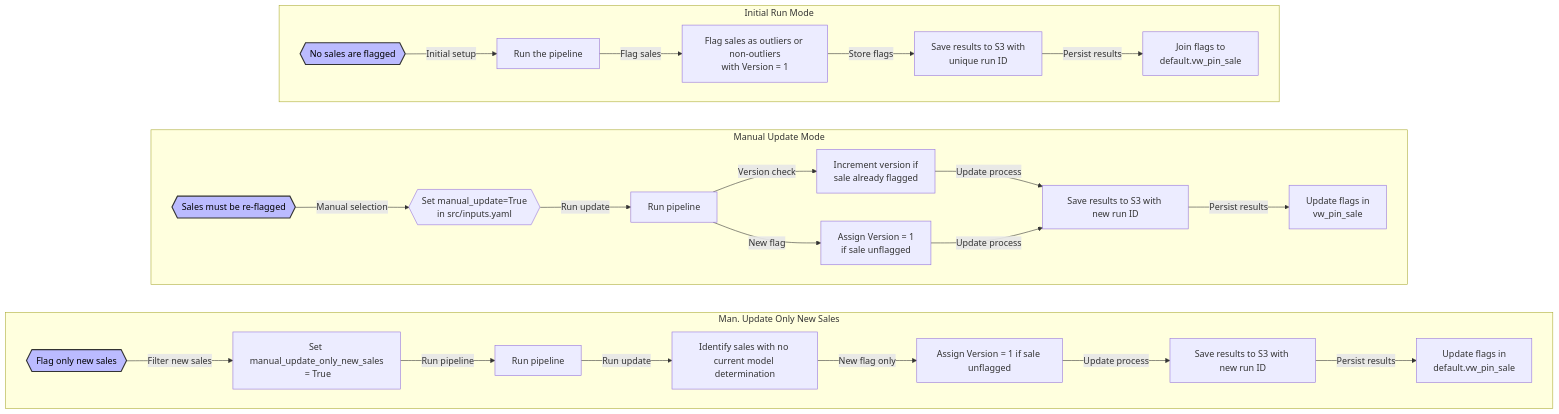
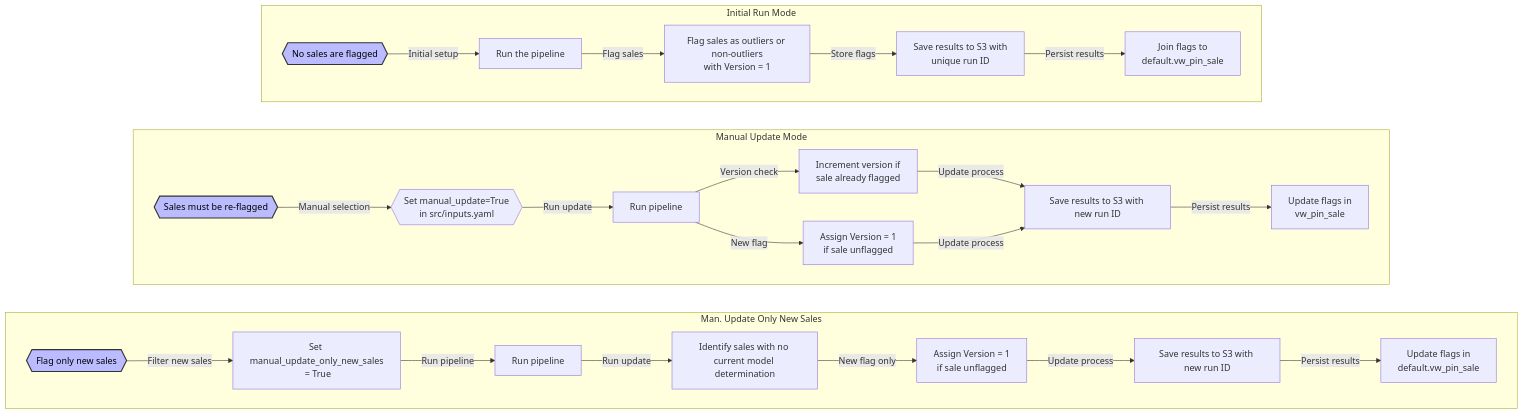
The first of 2 diagrams in README.md (ccao-data/model-sales-val), drawn with Mermaid before and after one commit.

Commit message:
Fix truncation in mermaid diagram

````diff
--- a/README.md
+++ b/README.md
@@ -94,61 +94,61 @@
 ```mermaid
 graph TB
     subgraph initial["Initial Run Mode"]
         direction LR
         A1{{"No sales are flagged"}}
         B1[Run the pipeline]
         C1[Flag sales as outliers or non-outliers<br>with Version = 1]
         D1[Save results to S3 with <br>unique run ID]
         E1[Join flags to<br>default.vw_pin_sale]
 
         A1 -->|Initial setup| B1
         B1 -->|Flag sales| C1
         C1 -->|Store flags| D1
         D1 -->|Persist results| E1
     end
 
     subgraph manual["Manual Update Mode"]
         direction LR
         A3{{"Sales must be re-flagged"}}
         B3{{"Set manual_update=True<br> in src/inputs.yaml"}}
         C3[Run pipeline]
         D3[Increment version if <br>sale already flagged]
         E3[Assign Version = 1 <br>if sale unflagged]
         F3[Save results to S3 with new run ID]
         G3[Update flags in <br>vw_pin_sale]
 
         A3 -->|Manual selection| B3
         B3 -->|Run update| C3
         C3 -->|Version check| D3
         D3 -->|Update process| F3
         C3 -->|New flag| E3
         E3 -->|Update process| F3
         F3 -->|Persist results| G3
     end
 
     subgraph new_only["Man. Update Only New Sales"]
         direction LR
         A4{{"Flag only new sales"}}
         B4[Set manual_update_only_new_sales<br> = True]
         C4[Run pipeline]
         D4[Identify sales with no current model determination]
-        E4[Assign Version = 1 if sale unflagged]
+        E4[Assign Version = 1<br> if sale unflagged]
         F4[Save results to S3 with new run ID]
         G4[Update flags in <br>default.vw_pin_sale]
 
 
         A4 -->|Filter new sales| B4
         B4 -->|Run pipeline| C4
         C4 -->|Run update| D4
         D4 -->|New flag only| E4
         E4 -->|Update process| F4
         F4 -->|Persist results| G4
     end
 
     initial ~~~ manual
     manual ~~~ new_only
 
     style A1 fill:#bbf,stroke:#333,stroke-width:2px,color:#000
     style A3 fill:#bbf,stroke:#333,stroke-width:2px,color:#000
     style A4 fill:#bbf,stroke:#333,stroke-width:2px,color:#000
 ```
````
